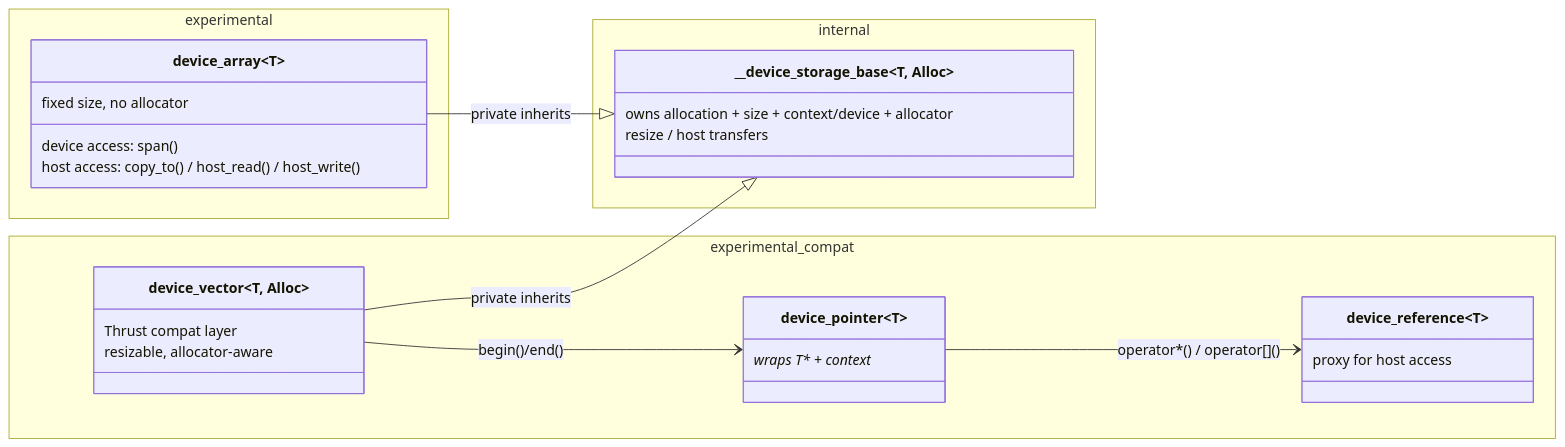
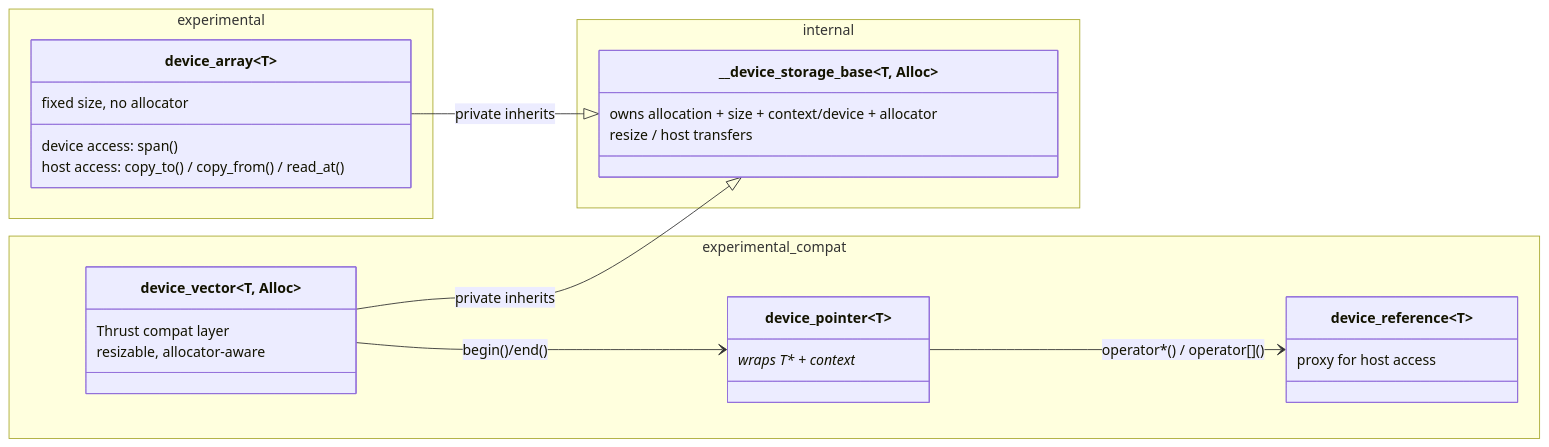
Before and after one commit to uxlfoundation/oneDPL: the diagram in rfcs/proposed/device_vector/README.md, drawn with Mermaid. The commit also changed 1 other file, not shown here.

Commit message:
adjust single element and location of queue arg

````diff
--- a/rfcs/proposed/device_vector/README.md
+++ b/rfcs/proposed/device_vector/README.md
@@ -83,39 +83,39 @@
 ```mermaid
 classDiagram
     direction LR
 
     namespace internal {
         class __device_storage_base~T, Alloc~ {
             owns allocation + size + context/device + allocator
             resize / host transfers
         }
     }
 
     namespace experimental {
         class device_array~T~ {
             fixed size, no allocator
             device access: span()
-            host access: copy_to() / host_read() / host_write()
+            host access: copy_to() / copy_from() / read_at()
         }
     }
 
     namespace experimental_compat {
         class device_vector~T, Alloc~ {
             Thrust compat layer
             resizable, allocator-aware
         }
 
         class device_pointer~T~ {
             wraps T* + context*
         }
 
         class device_reference~T~ {
             proxy for host access
         }
     }
 
     device_array --|> __device_storage_base : private inherits
     device_vector --|> __device_storage_base : private inherits
     device_vector --> device_pointer : begin()/end()
     device_pointer --> device_reference : operator*() / operator[]()
 ```
````
